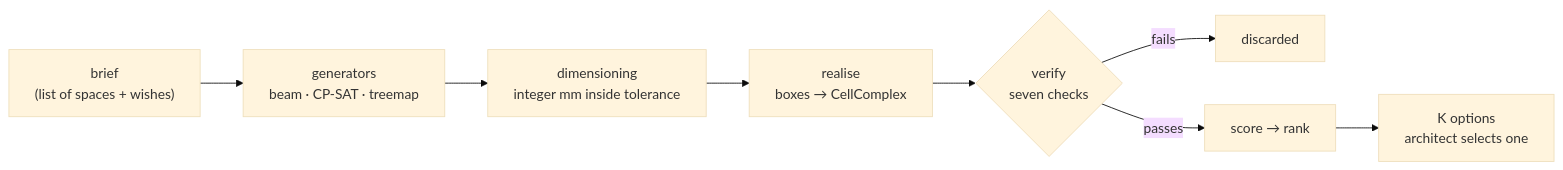
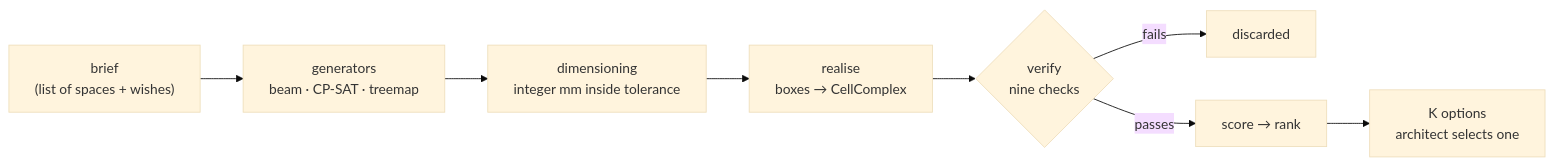
One commit to Adventurous-Systems/spacetope changed the second of 3 diagrams in docs/PLAN.md. Above: the diagram before and after it, drawn with Mermaid (base theme). The commit also changed other lines of this file and 9 other files, not shown here.

````diff
--- a/docs/PLAN.md
+++ b/docs/PLAN.md
@@ -61,10 +61,10 @@
 ```mermaid
 flowchart LR
   B["brief<br/>(list of spaces + wishes)"] --> G["generators<br/>beam · CP-SAT · treemap"]
   G --> D["dimensioning<br/>integer mm inside tolerance"]
   D --> R["realise<br/>boxes → CellComplex"]
-  R --> V{"verify<br/>seven checks"}
+  R --> V{"verify<br/>nine checks"}
   V -- "fails" --> X["discarded"]
   V -- "passes" --> SC["score → rank"]
   SC --> O["K options<br/>architect selects one"]
 ```
````
